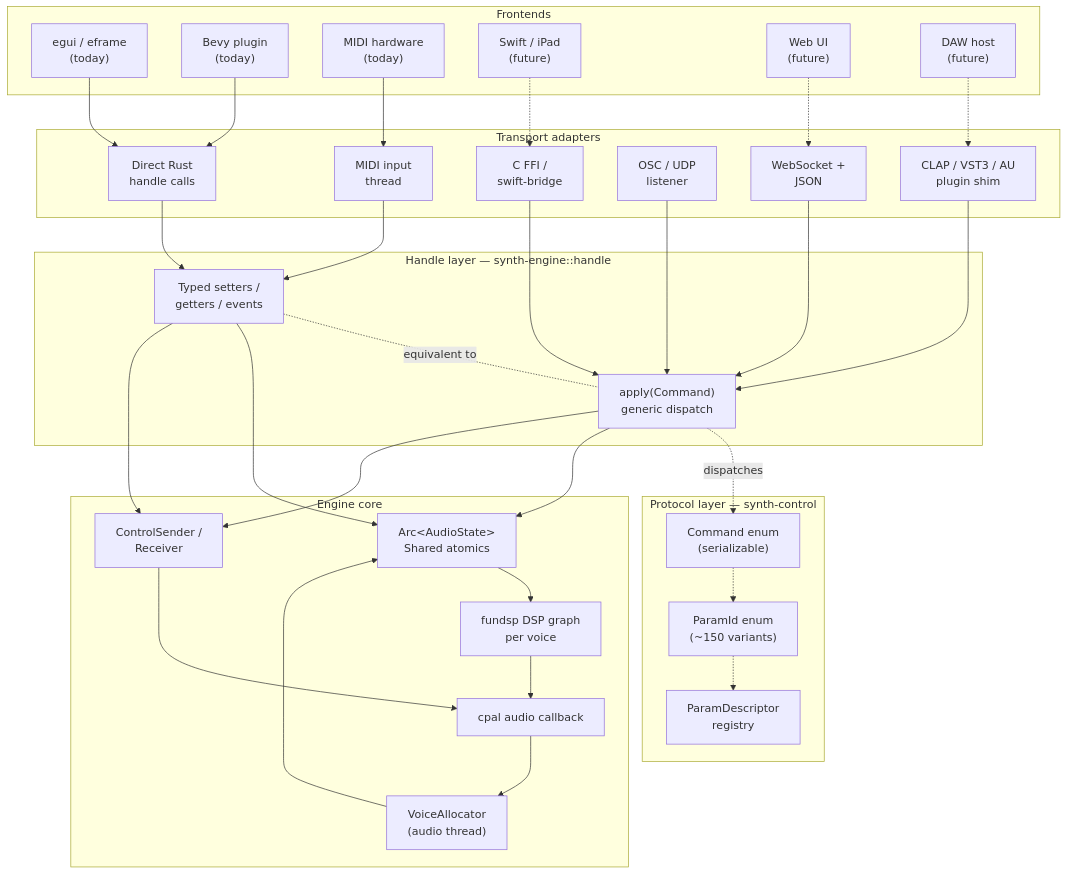
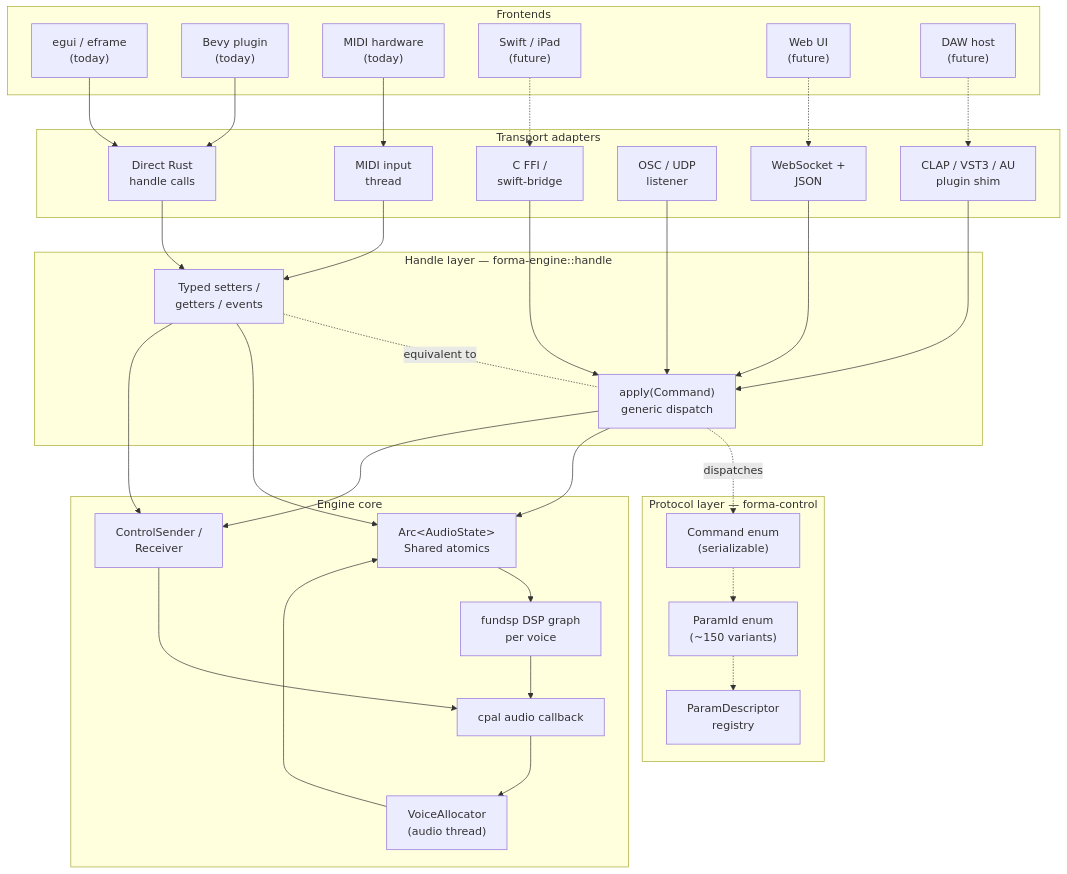
The first of 11 diagrams in doc/engine-handle-plan.md (Ven7u/the_synth), drawn with Mermaid before and after one commit. The commit also changed other lines of this file and 143 other files, not shown here.

````diff
--- a/doc/engine-handle-plan.md
+++ b/doc/engine-handle-plan.md
@@ -221,69 +221,69 @@
 ```mermaid
 flowchart TB
     subgraph FE["Frontends"]
         EGUI["egui / eframe<br/>(today)"]
         BEVY["Bevy plugin<br/>(today)"]
         HW["MIDI hardware<br/>(today)"]
         SWIFT["Swift / iPad<br/>(future)"]
         WEB["Web UI<br/>(future)"]
         DAW["DAW host<br/>(future)"]
     end
 
     subgraph TA["Transport adapters"]
         DIRECT["Direct Rust<br/>handle calls"]
         MIDIIN["MIDI input<br/>thread"]
         FFI["C FFI /<br/>swift-bridge"]
         OSC["OSC / UDP<br/>listener"]
         WS["WebSocket +<br/>JSON"]
         PLUG["CLAP / VST3 / AU<br/>plugin shim"]
     end
 
-    subgraph PROTO["Protocol layer — synth-control"]
+    subgraph PROTO["Protocol layer — forma-control"]
         CMD["Command enum<br/>(serializable)"]
         PID["ParamId enum<br/>(~150 variants)"]
         DESC["ParamDescriptor<br/>registry"]
     end
 
-    subgraph HAND["Handle layer — synth-engine::handle"]
+    subgraph HAND["Handle layer — forma-engine::handle"]
         TYPED["Typed setters /<br/>getters / events"]
         APPLY["apply(Command)<br/>generic dispatch"]
     end
 
     subgraph CORE["Engine core"]
         STATE["Arc&lt;AudioState&gt;<br/>Shared atomics"]
         CTRL["ControlSender /<br/>Receiver"]
         VOICE["VoiceAllocator<br/>(audio thread)"]
         GRAPH["fundsp DSP graph<br/>per voice"]
         CPAL["cpal audio callback"]
     end
 
     EGUI --> DIRECT
     BEVY --> DIRECT
     HW --> MIDIIN
     SWIFT -.-> FFI
     WEB -.-> WS
     DAW -.-> PLUG
 
     DIRECT --> TYPED
     MIDIIN --> TYPED
     FFI --> APPLY
     OSC --> APPLY
     WS --> APPLY
     PLUG --> APPLY
 
     APPLY -.dispatches.-> CMD
     CMD -.-> PID
     PID -.-> DESC
     TYPED -. equivalent to .- APPLY
 
     TYPED --> STATE
     TYPED --> CTRL
     APPLY --> STATE
     APPLY --> CTRL
 
     CTRL --> CPAL
     CPAL --> VOICE
     VOICE --> STATE
     STATE --> GRAPH
     GRAPH --> CPAL
 ```
````
